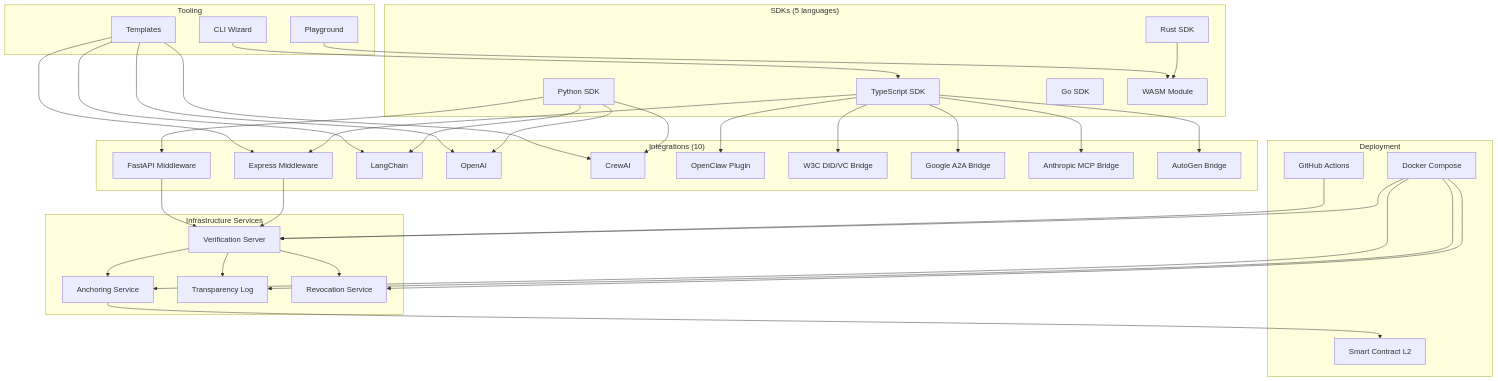
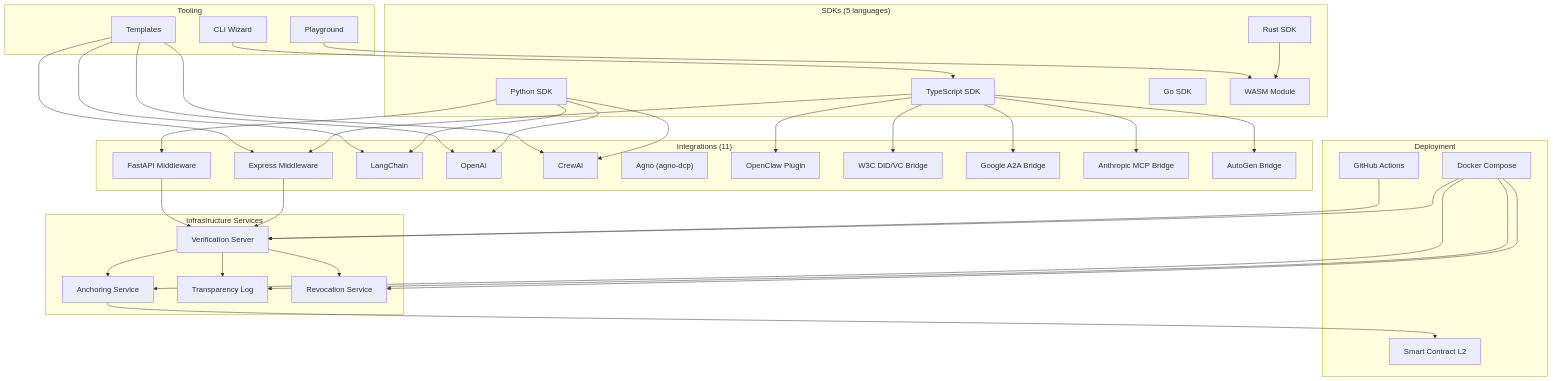
Before and after one commit to dcp-ai-protocol/dcp-ai: the diagram in README.md, drawn with Mermaid. The commit also changed other lines of this file and 3 other files, not shown here.

First line of the commit message:
docs(integrations): register agno-dcp as the 11th framework integration

````diff
--- a/README.md
+++ b/README.md
@@ -149,73 +149,74 @@
 ```mermaid
 graph TB
   subgraph sdks["SDKs (5 languages)"]
     TS["TypeScript SDK"]
     PY["Python SDK"]
     GO["Go SDK"]
     RS["Rust SDK"]
     WA["WASM Module"]
   end
 
-  subgraph integrations["Integrations (10)"]
+  subgraph integrations["Integrations (11)"]
     EX["Express Middleware"]
     FA["FastAPI Middleware"]
     LC["LangChain"]
     OA["OpenAI"]
     CR["CrewAI"]
+    AGNO["Agno (agno-dcp)"]
     OC["OpenClaw Plugin"]
     W3C["W3C DID/VC Bridge"]
     A2A["Google A2A Bridge"]
     MCP["Anthropic MCP Bridge"]
     AG["AutoGen Bridge"]
   end
 
   subgraph tools["Tooling"]
     CLI["CLI Wizard"]
     PG["Playground"]
     TPL["Templates"]
   end
 
   subgraph services["Infrastructure Services"]
     VER["Verification Server"]
     ANC["Anchoring Service"]
     TL["Transparency Log"]
     REV["Revocation Service"]
   end
 
   subgraph infra["Deployment"]
     SOL["Smart Contract L2"]
     GH["GitHub Actions"]
     DK["Docker Compose"]
   end
 
   TS --> EX
   TS --> OC
   TS --> W3C
   TS --> A2A
   TS --> MCP
   TS --> AG
   PY --> FA
   PY --> LC
   PY --> OA
   PY --> CR
   RS --> WA
 
   CLI --> TS
   PG --> WA
   TPL --> LC
   TPL --> CR
   TPL --> OA
   TPL --> EX
 
   EX --> VER
   FA --> VER
   VER --> ANC
   VER --> TL
   VER --> REV
   ANC --> SOL
   DK --> VER
   DK --> ANC
   DK --> TL
   DK --> REV
   GH --> VER
 ```
````
